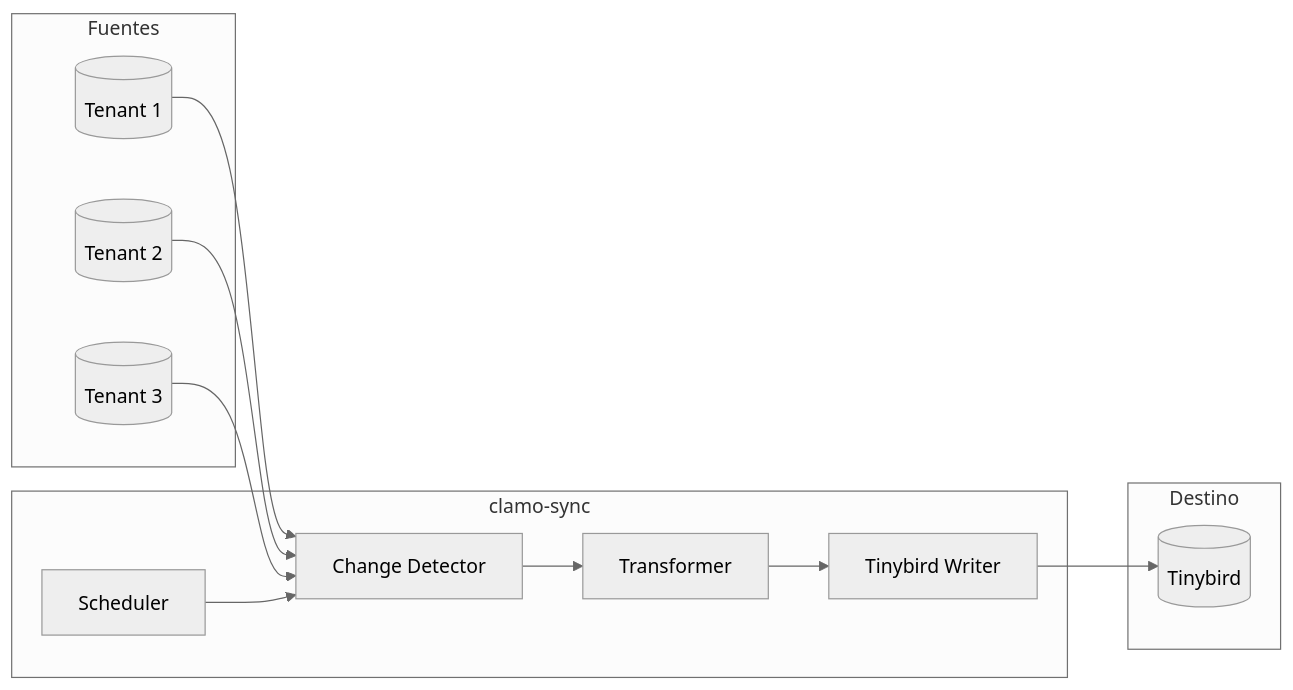
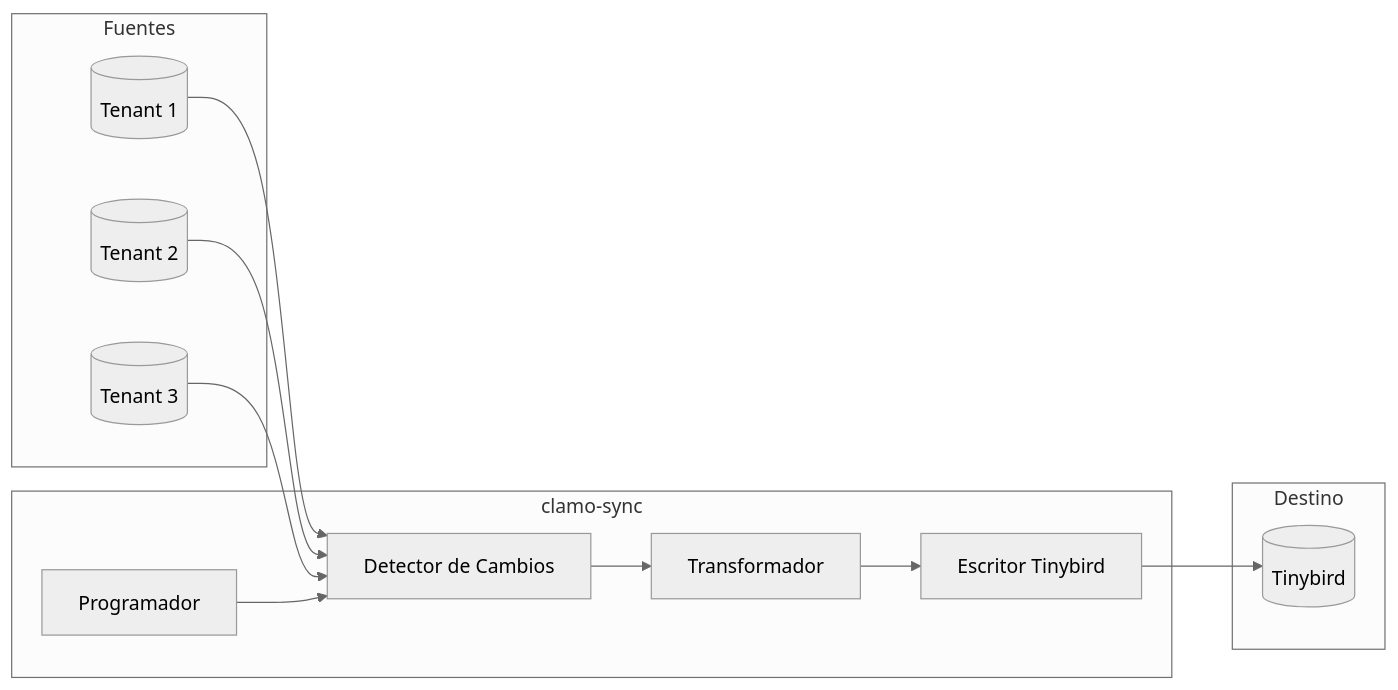
The diagram in es/servicios/clamo-sync.mdx (GetClamo/docs), drawn with Mermaid (neutral theme) before and after one commit. The commit also changed other lines of this file and 28 other files, not shown here.

````diff
--- a/es/servicios/clamo-sync.mdx
+++ b/es/servicios/clamo-sync.mdx
@@ -21,27 +21,27 @@
 ```mermaid
 flowchart LR
     subgraph Sources [Fuentes]
         T1[(Tenant 1)]
         T2[(Tenant 2)]
         T3[(Tenant 3)]
     end
     
     subgraph Sync [clamo-sync]
-        Scheduler[Scheduler]
-        ChangeDetector[Change Detector]
-        Transformer[Transformer]
-        TinybirdWriter[Tinybird Writer]
+        Scheduler[Programador]
+        ChangeDetector[Detector de Cambios]
+        Transformer[Transformador]
+        TinybirdWriter[Escritor Tinybird]
     end
     
     subgraph Destination [Destino]
         Tinybird[(Tinybird)]
     end
     
     T1 --> ChangeDetector
     T2 --> ChangeDetector
     T3 --> ChangeDetector
     Scheduler --> ChangeDetector
     ChangeDetector --> Transformer
     Transformer --> TinybirdWriter
     TinybirdWriter --> Tinybird
 ```
````
